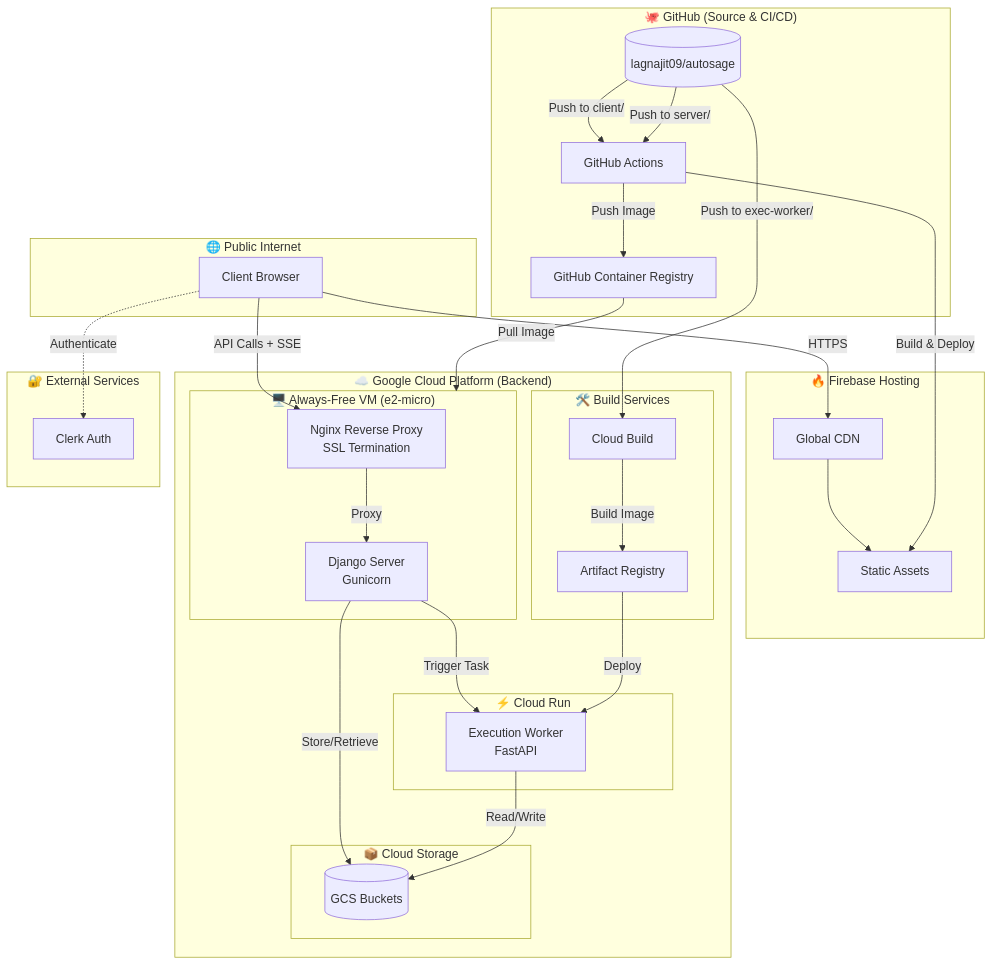
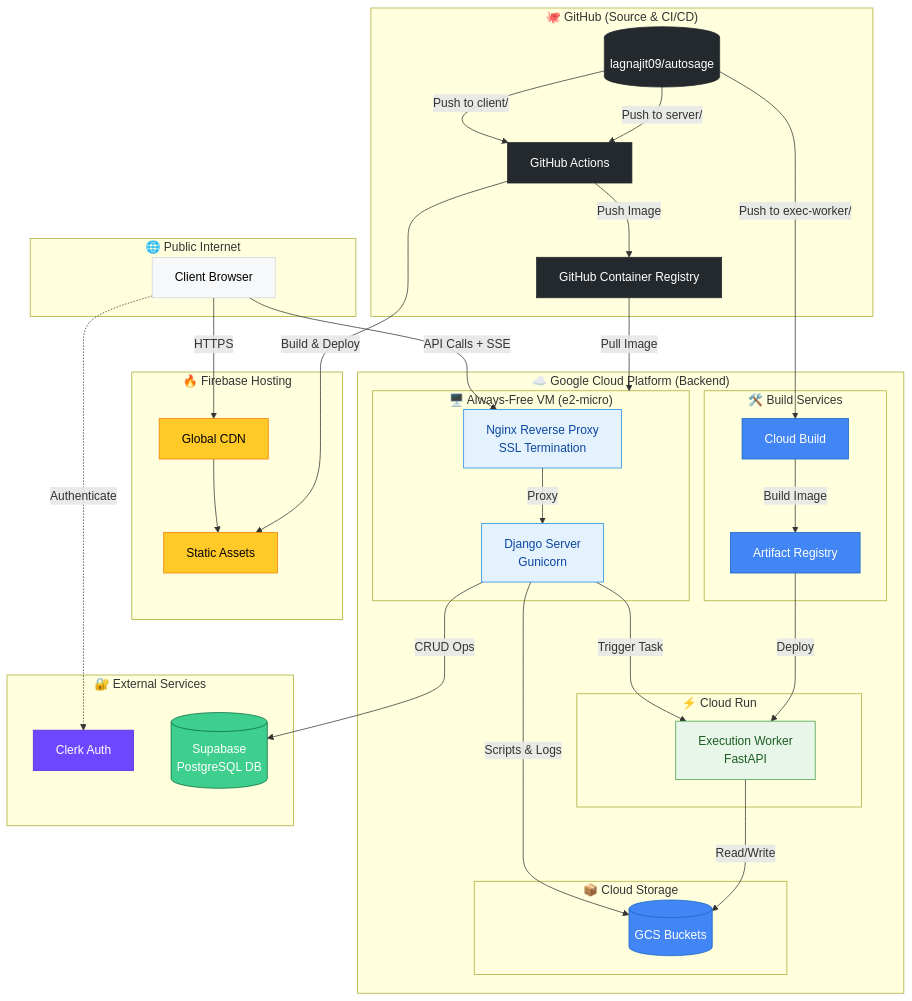
Before and after one commit to Lagnajit09/autosage: the diagram in architecture/architecture.md, drawn with Mermaid. The commit also changed other lines of this file and 3 other files, not shown here.

Commit message:
updt: architecture diagrams

````diff
--- a/architecture/architecture.md
+++ b/architecture/architecture.md
@@ -11,65 +11,77 @@
 ```mermaid
 flowchart TD
+    %% Node Style Definitions
+    classDef user fill:#f6f8fa,stroke:#d1d5da,color:#000
+    classDef github fill:#24292e,stroke:#24292e,color:#fff
+    classDef firebase fill:#ffca28,stroke:#f57c00,color:#000
+    classDef gcp fill:#4285f4,stroke:#1565c0,color:#fff
+    classDef supabase fill:#3ecf8e,stroke:#066b3d,color:#fff
+    classDef clerk fill:#6c47ff,stroke:#5531e2,color:#fff
+    classDef server fill:#e3f2fd,stroke:#1e88e5,color:#0d47a1
+    classDef worker fill:#e8f5e9,stroke:#43a047,color:#1b5e20
+
     subgraph Users ["🌐 Public Internet"]
-        Browser[Client Browser]
+        Browser[Client Browser]:::user
     end
 
     subgraph GitHub ["🐙 GitHub (Source & CI/CD)"]
-        Repo[(lagnajit09/autosage)]
-        GHA[GitHub Actions]
-        GHCR[GitHub Container Registry]
+        Repo[(lagnajit09/autosage)]:::github
+        GHA[GitHub Actions]:::github
+        GHCR[GitHub Container Registry]:::github
     end
 
     subgraph Firebase ["🔥 Firebase Hosting"]
-        FBCDN[Global CDN]
-        Hosting[Static Assets]
+        FBCDN[Global CDN]:::firebase
+        Hosting[Static Assets]:::firebase
     end
 
     subgraph GCP ["☁️ Google Cloud Platform (Backend)"]
         subgraph VM ["🖥️ Always-Free VM (e2-micro)"]
-            Nginx[Nginx Reverse Proxy\nSSL Termination]
-            Django[Django Server\nGunicorn]
+            Nginx[Nginx Reverse Proxy\nSSL Termination]:::server
+            Django[Django Server\nGunicorn]:::server
         end
 
         subgraph CloudRun ["⚡ Cloud Run"]
-            Worker[Execution Worker\nFastAPI]
+            Worker[Execution Worker\nFastAPI]:::worker
         end
 
         subgraph Storage ["📦 Cloud Storage"]
-            GCS[(GCS Buckets)]
+            GCS[(GCS Buckets)]:::gcp
         end
 
         subgraph Build ["🛠️ Build Services"]
-            CB[Cloud Build]
-            AR[Artifact Registry]
+            CB[Cloud Build]:::gcp
+            AR[Artifact Registry]:::gcp
         end
     end
 
-    subgraph Auth ["🔐 External Services"]
-        Clerk[Clerk Auth]
+    subgraph External ["🔐 External Services"]
+        Clerk[Clerk Auth]:::clerk
+        Supabase[(Supabase\nPostgreSQL DB)]:::supabase
     end
 
     %% Client Flow
     Browser -->|HTTPS| FBCDN
     FBCDN --> Hosting
     Browser -.->|Authenticate| Clerk
     Browser -->|API Calls + SSE| Nginx
 
     %% Server Flow
     Nginx -->|Proxy| Django
+    Django -->|CRUD Ops| Supabase
     Django -->|Trigger Task| Worker
-    Django -->|Store/Retrieve| GCS
+    Django -->|Scripts & Logs| GCS
     Worker -->|Read/Write| GCS
 
     %% CI/CD Flow
     Repo -->|Push to client/| GHA
     Repo -->|Push to server/| GHA
     Repo -->|Push to exec-worker/| CB
 
     GHA -->|Build & Deploy| Hosting
     GHA -->|Push Image| GHCR
     GHCR -->|Pull Image| VM
 
     CB -->|Build Image| AR
     AR -->|Deploy| Worker
 ```
````
